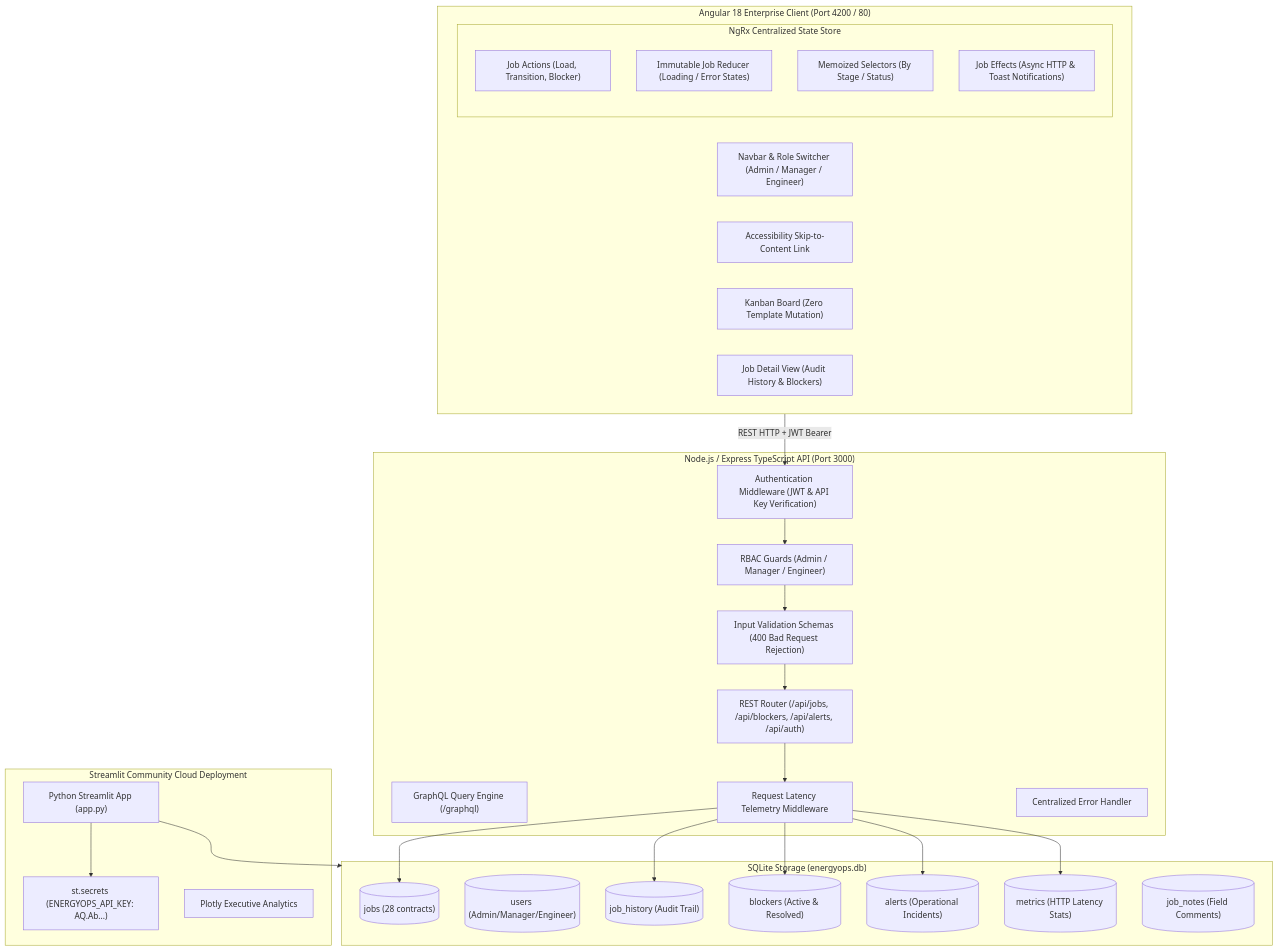
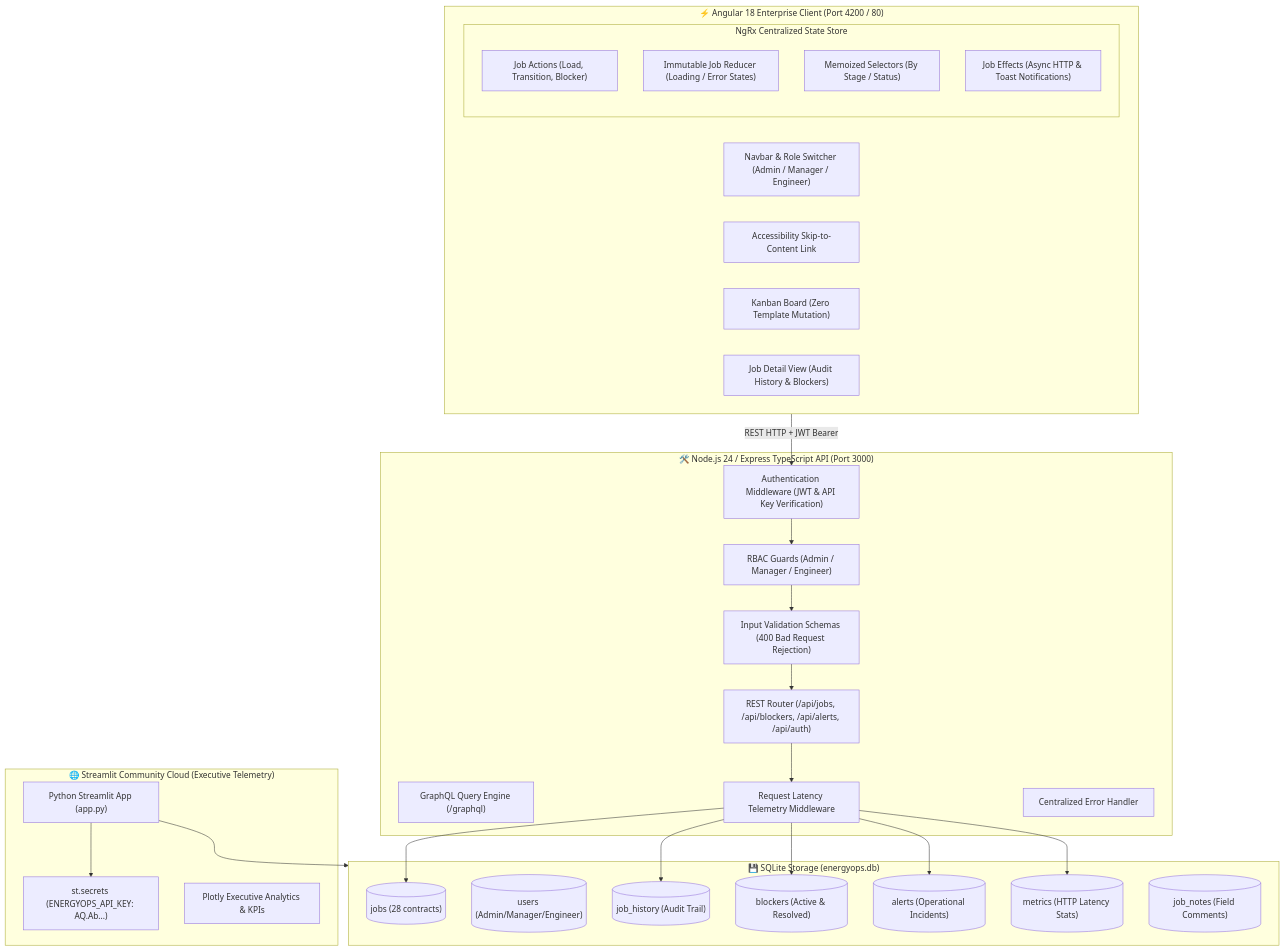
One commit to Dhanya562004/energyops-workflow-platform changed the first of 2 diagrams in README.md. Above: the diagram before and after it, drawn with Mermaid. The commit also changed other lines of this file, not shown here.

Commit message:
docs: add attractive enterprise README with live Streamlit Cloud URL and feature matrix

````diff
--- a/README.md
+++ b/README.md
@@ -52,54 +63,54 @@
 ```mermaid
 flowchart TB
-    subgraph StreamlitCloud["Streamlit Community Cloud Deployment"]
+    subgraph StreamlitCloud["🌐 Streamlit Community Cloud (Executive Telemetry)"]
         stApp["Python Streamlit App (app.py)"]
         stSecrets["st.secrets (ENERGYOPS_API_KEY: AQ.Ab...)"]
-        stPlotly["Plotly Executive Analytics"]
+        stPlotly["Plotly Executive Analytics & KPIs"]
     end
 
-    subgraph AngularClient["Angular 18 Enterprise Client (Port 4200 / 80)"]
+    subgraph AngularClient["⚡ Angular 18 Enterprise Client (Port 4200 / 80)"]
         Navbar["Navbar & Role Switcher (Admin / Manager / Engineer)"]
         SkipLink["Accessibility Skip-to-Content Link"]
         subgraph NgRxStore["NgRx Centralized State Store"]
             Actions["Job Actions (Load, Transition, Blocker)"]
             Reducer["Immutable Job Reducer (Loading / Error States)"]
             Selectors["Memoized Selectors (By Stage / Status)"]
             Effects["Job Effects (Async HTTP & Toast Notifications)"]
         end
         Kanban["Kanban Board (Zero Template Mutation)"]
         Detail["Job Detail View (Audit History & Blockers)"]
     end
 
-    subgraph NodeBackend["Node.js / Express TypeScript API (Port 3000)"]
+    subgraph NodeBackend["🛠️ Node.js 24 / Express TypeScript API (Port 3000)"]
         AuthMw["Authentication Middleware (JWT & API Key Verification)"]
         RoleGuard["RBAC Guards (Admin / Manager / Engineer)"]
         ValMw["Input Validation Schemas (400 Bad Request Rejection)"]
         Router["REST Router (/api/jobs, /api/blockers, /api/alerts, /api/auth)"]
         GraphQL["GraphQL Query Engine (/graphql)"]
         MetricsMw["Request Latency Telemetry Middleware"]
         ErrMw["Centralized Error Handler"]
     end
 
-    subgraph RelationalDB["SQLite Storage (energyops.db)"]
+    subgraph RelationalDB["💾 SQLite Storage (energyops.db)"]
         Jobs[("jobs (28 contracts)")]
         Users[("users (Admin/Manager/Engineer)")]
         History[("job_history (Audit Trail)")]
         Blockers[("blockers (Active & Resolved)")]
         Alerts[("alerts (Operational Incidents)")]
         Metrics[("metrics (HTTP Latency Stats)")]
         Notes[("job_notes (Field Comments)")]
     end
 
     stApp --> stSecrets
     stApp --> RelationalDB
     AngularClient -->|REST HTTP + JWT Bearer| AuthMw
     AuthMw --> RoleGuard
     RoleGuard --> ValMw
     ValMw --> Router
     Router --> MetricsMw
     MetricsMw --> Jobs
     MetricsMw --> History
     MetricsMw --> Blockers
     MetricsMw --> Alerts
     MetricsMw --> Metrics
 ```
````
